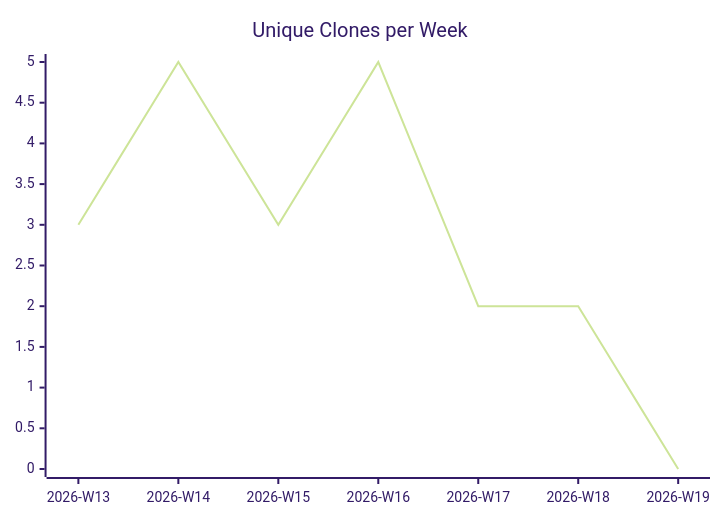
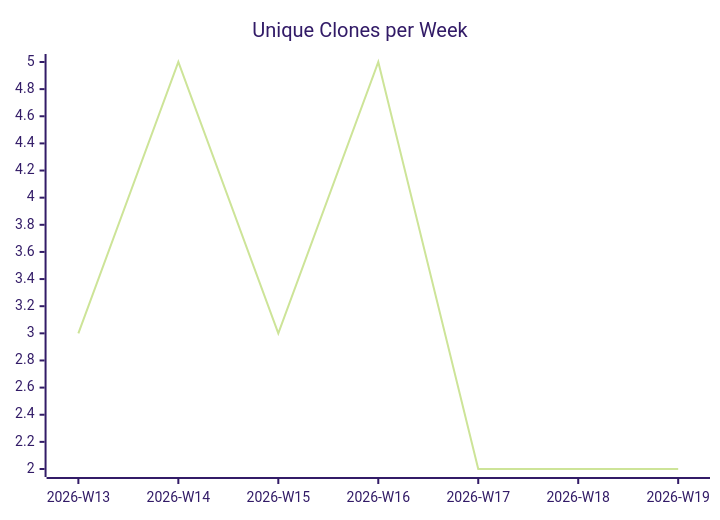
The third of 3 diagrams in karlmdavis/ansible-role-bind-dns/README.md (justdavis-family/github-analytics-data), drawn with Mermaid (forest theme) before and after one commit. The commit also changed other lines of this file and 177 other files, not shown here.

````diff
--- a/karlmdavis/ansible-role-bind-dns/README.md
+++ b/karlmdavis/ansible-role-bind-dns/README.md
@@ -19,6 +19,6 @@
 ```mermaid
 xychart-beta
   title "Unique Clones per Week"
   x-axis ["2026-W13", "2026-W14", "2026-W15", "2026-W16", "2026-W17", "2026-W18", "2026-W19"]
-  line [3, 5, 3, 5, 2, 2, 0]
+  line [3, 5, 3, 5, 2, 2, 2]
 ```
````
